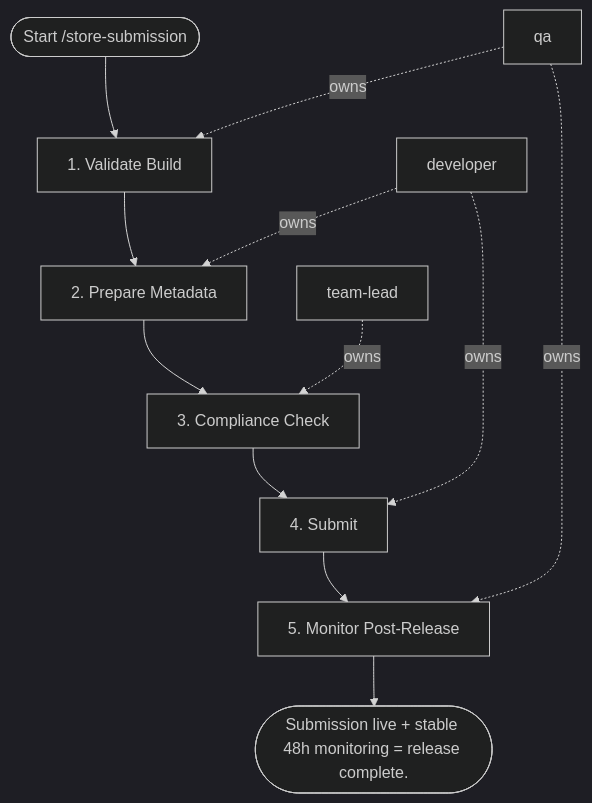
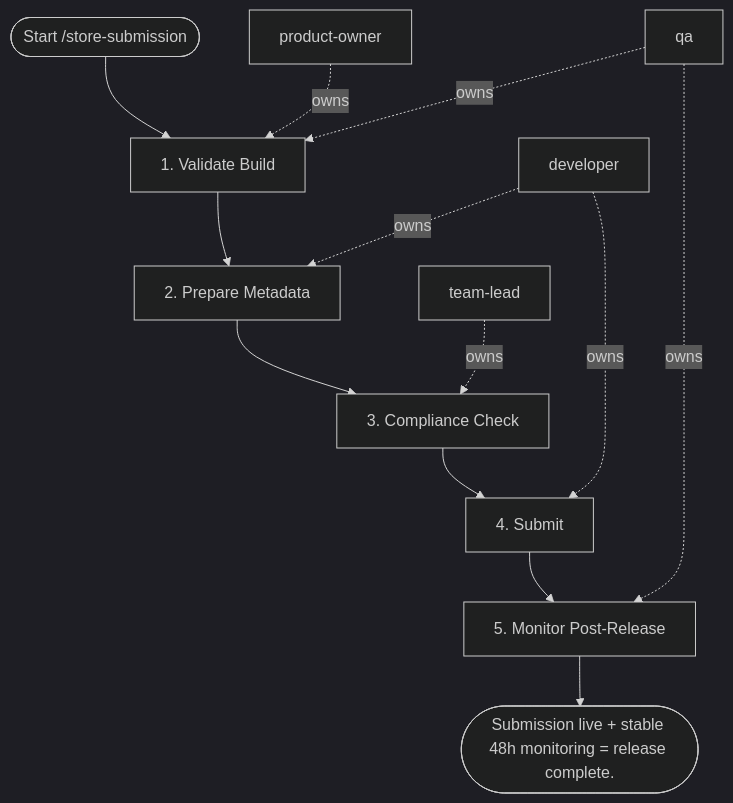
The diagram in areas/software/mobile/workflows/store-submission.md (sawrus/agent-guides), drawn with Mermaid (dark theme) before and after one commit. The commit also changed other lines of this file and 76 other files, not shown here.

Commit message:
Standardize workflow product owner initiation

````diff
--- a/areas/software/mobile/workflows/store-submission.md
+++ b/areas/software/mobile/workflows/store-submission.md
@@ -65,24 +65,26 @@
 ```mermaid
 flowchart TD
   start(["Start /store-submission"])
-  role_1["qa"]
-  role_2["developer"]
-  role_3["team-lead"]
+  role_1["product-owner"]
+  role_2["qa"]
+  role_3["developer"]
+  role_4["team-lead"]
   step_1["1. Validate Build"]
   step_2["2. Prepare Metadata"]
   step_3["3. Compliance Check"]
   step_4["4. Submit"]
   step_5["5. Monitor Post-Release"]
   exit(["Submission live + stable 48h monitoring = release complete."])
   start --> step_1
   step_1 --> step_2
   step_2 --> step_3
   step_3 --> step_4
   step_4 --> step_5
   step_5 --> exit
   role_1 -. owns .-> step_1
-  role_2 -. owns .-> step_2
-  role_3 -. owns .-> step_3
-  role_2 -. owns .-> step_4
-  role_1 -. owns .-> step_5
+  role_2 -. owns .-> step_1
+  role_3 -. owns .-> step_2
+  role_4 -. owns .-> step_3
+  role_3 -. owns .-> step_4
+  role_2 -. owns .-> step_5
 ```
````
